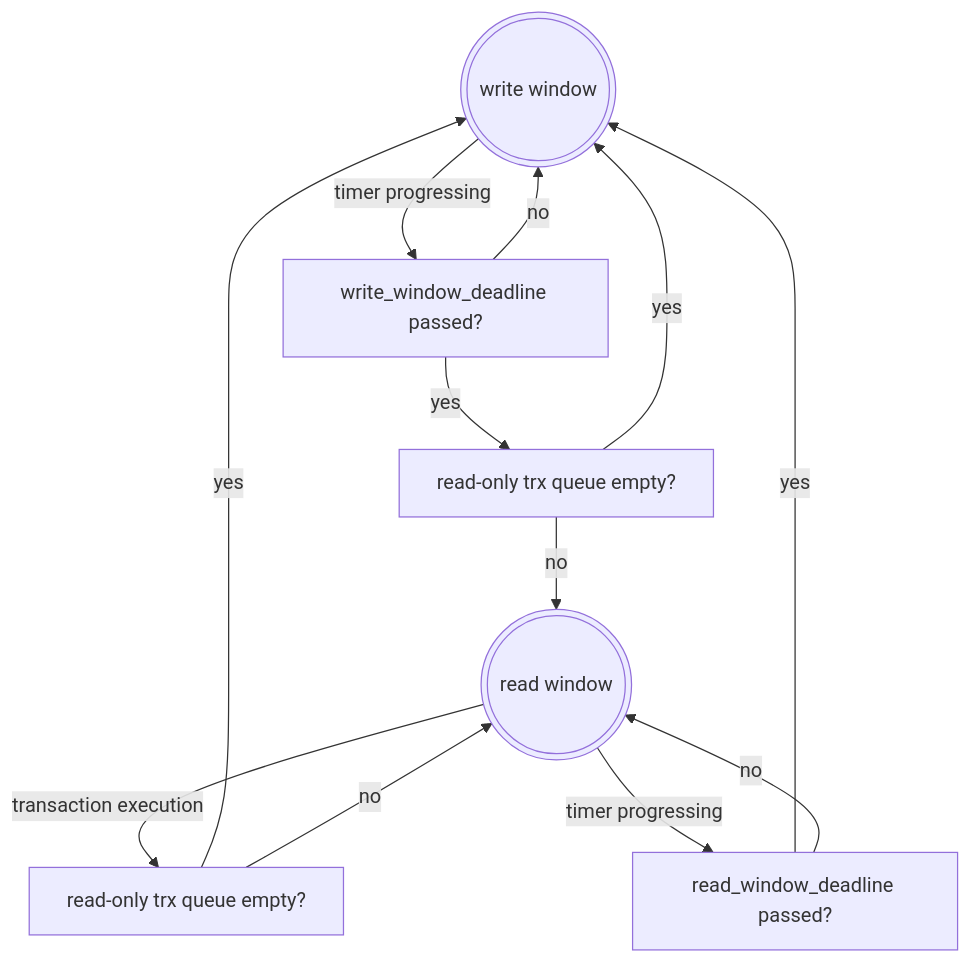
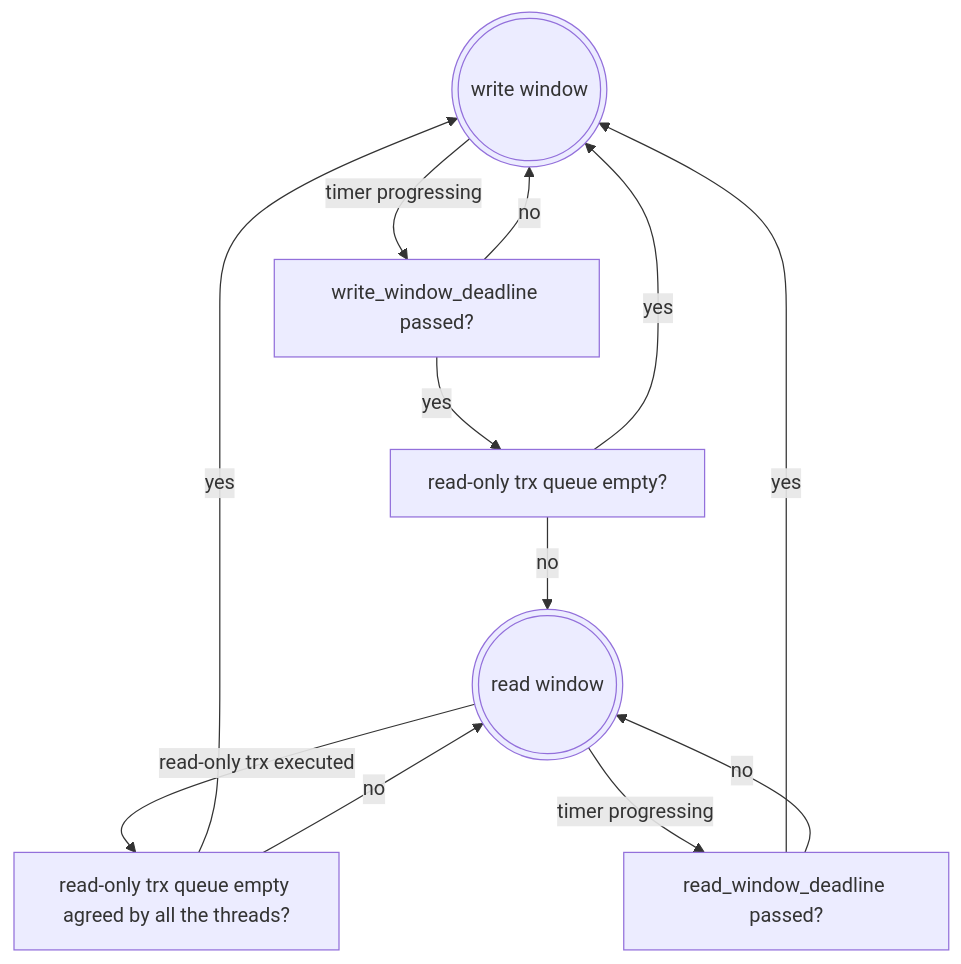
Before and after one commit to eosnetworkfoundation/product: the diagram in transactions/read-only/parallel.md, drawn with Mermaid. The commit also changed other lines of this file, not shown here.

````diff
--- a/transactions/read-only/parallel.md
+++ b/transactions/read-only/parallel.md
@@ -170,15 +170,15 @@
 ```mermaid
 flowchart TD
     A(((write window))) -->|timer progressing| B[write_window_deadline passed?]
     B -->|yes| C[read-only trx queue empty?]
     B -->|no| A
     C -->|yes| A
     C -->|no| R(((read window)))
     
-    R -->|transaction execution| S[read-only trx queue empty?]
+    R -->|read-only trx executed| S[read-only trx queue empty agreed by all the threads?]
     S -->|yes| A
     S -->|no| R
     R -->|timer progressing| T[read_window_deadline passed?]
     T -->|yes| A
     T -->|no| R  
 ```
````
